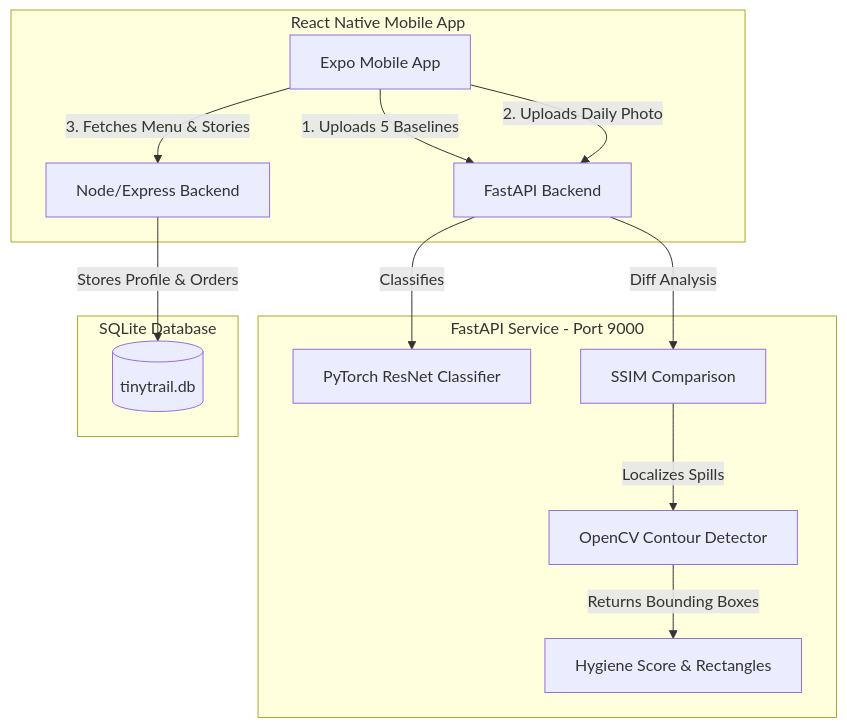
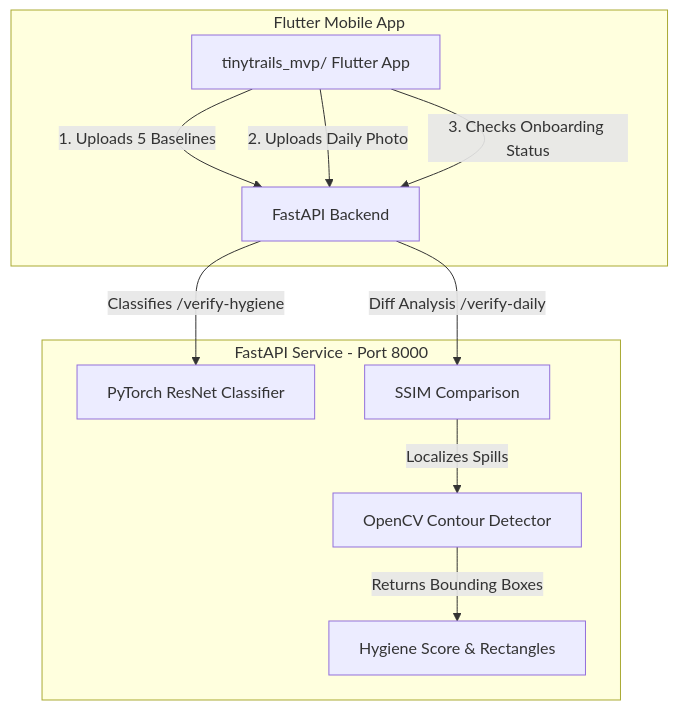
The diagram in TinyTrail/README.md (ThisoVallabaDass/Projects), drawn with Mermaid before and after one commit. The commit also changed other lines of this file and 4383 other files, not shown here.

Commit message:
Consolidate TinyTrail project: Unify Flutter app in tinytrails_mvp, relocate virtual environment to backend, configure API port to 8000, and delete legacy codebases/files.

````diff
--- a/TinyTrail/README.md
+++ b/TinyTrail/README.md
@@ -21,19 +21,15 @@
 ```mermaid
 graph TD
-    subgraph Mobile Client [React Native Mobile App]
-        M[Expo Mobile App] -->|1. Uploads 5 Baselines| AP[FastAPI Backend]
+    subgraph Mobile Client [Flutter Mobile App]
+        M[tinytrails_mvp/ Flutter App] -->|1. Uploads 5 Baselines| AP[FastAPI Backend]
         M -->|2. Uploads Daily Photo| AP
-        M -->|3. Fetches Menu & Stories| DB[Node/Express Backend]
+        M -->|3. Checks Onboarding Status| AP
     end
 
-    subgraph AI Service [FastAPI Service - Port 9000]
-        AP -->|Classifies| Cls[PyTorch ResNet Classifier]
-        AP -->|Diff Analysis| SSIM[SSIM Comparison]
+    subgraph AI Service [FastAPI Service - Port 8000]
+        AP -->|Classifies /verify-hygiene| Cls[PyTorch ResNet Classifier]
+        AP -->|Diff Analysis /verify-daily| SSIM[SSIM Comparison]
         SSIM -->|Localizes Spills| OpenCV[OpenCV Contour Detector]
         OpenCV -->|Returns Bounding Boxes| Output[Hygiene Score & Rectangles]
     end
-
-    subgraph Data Layer [SQLite Database]
-        DB -->|Stores Profile & Orders| SQLite[(tinytrail.db)]
-    end
 ```
````
